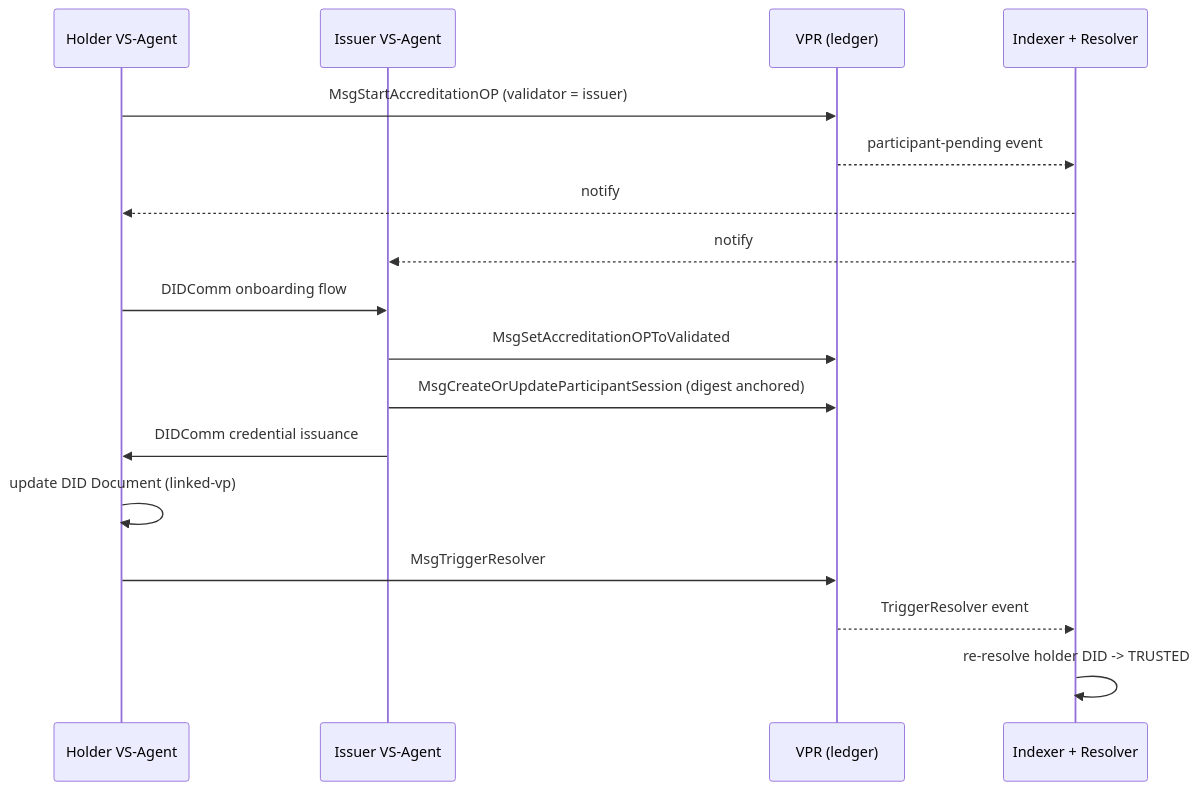
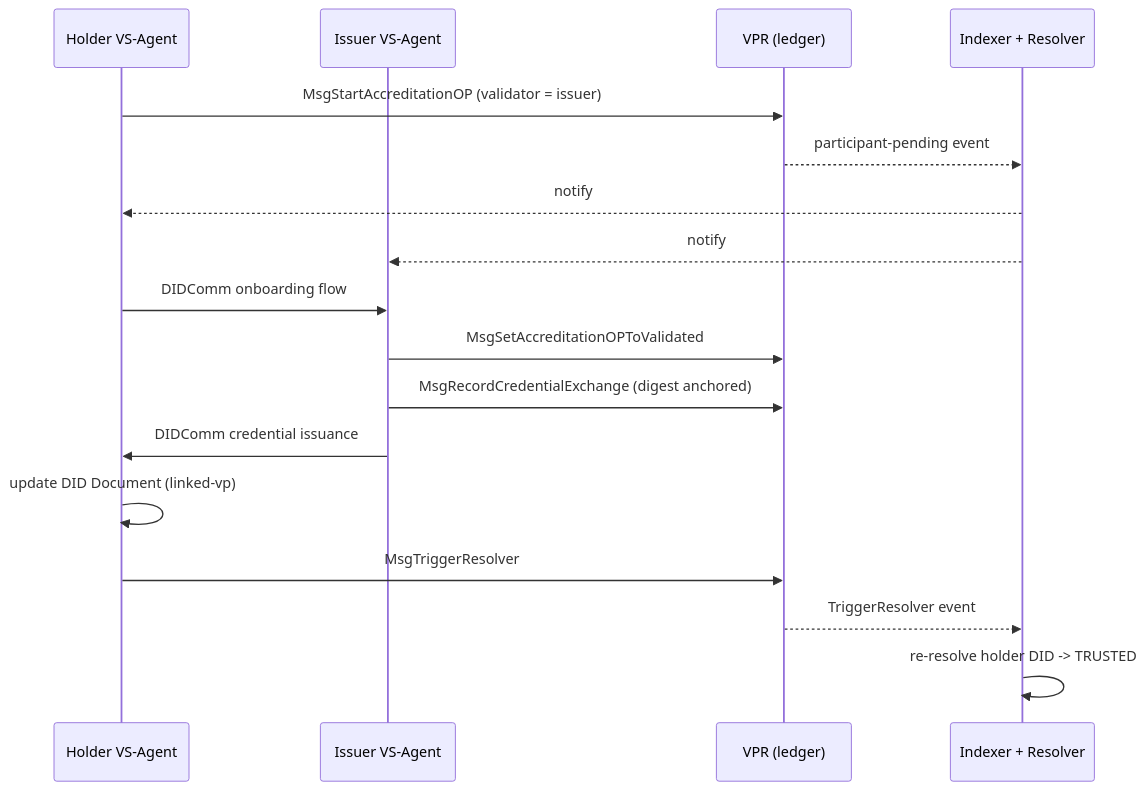
One commit to verana-labs/verifiable-trust-spec changed the fifth of 6 diagrams in spec.md. Above: the diagram before and after it, drawn with Mermaid. The commit also changed other lines of this file, not shown here.

Commit message:
CredentialExchange and Record Credential Exchange replace ParticipantSession (VPR 0965060); [VT-DECL-SESSION] renamed [VT-DECL-RECORD]; DIDComm sessions and mdoc session transcripts untouched

````diff
--- a/spec.md
+++ b/spec.md
@@ -2282,20 +2282,20 @@
 ```mermaid
 sequenceDiagram
     participant Holder as Holder VS-Agent
     participant Issuer as Issuer VS-Agent
     participant VPR as VPR (ledger)
     participant Idx as Indexer + Resolver
 
     Holder->>VPR: MsgStartAccreditationOP (validator = issuer)
     VPR-->>Idx: participant-pending event
     Idx-->>Holder: notify
     Idx-->>Issuer: notify
     Holder->>Issuer: DIDComm onboarding flow
     Issuer->>VPR: MsgSetAccreditationOPToValidated
-    Issuer->>VPR: MsgCreateOrUpdateParticipantSession (digest anchored)
+    Issuer->>VPR: MsgRecordCredentialExchange (digest anchored)
     Issuer->>Holder: DIDComm credential issuance
     Holder->>Holder: update DID Document (linked-vp)
     Holder->>VPR: MsgTriggerResolver
     VPR-->>Idx: TriggerResolver event
     Idx->>Idx: re-resolve holder DID -> TRUSTED
 ```
````
